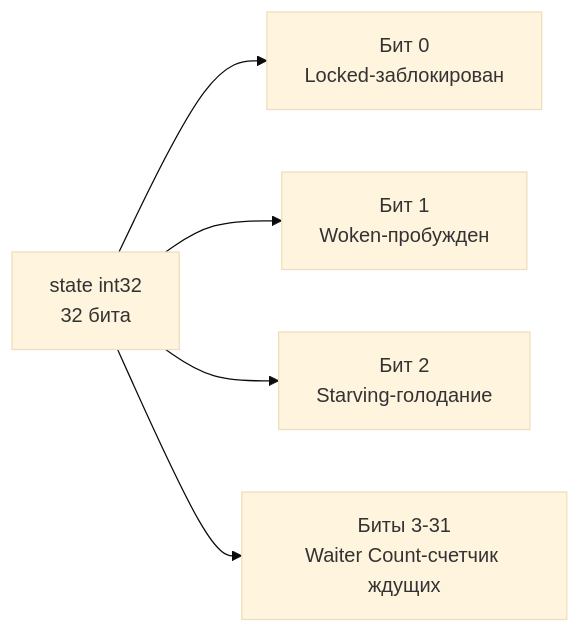
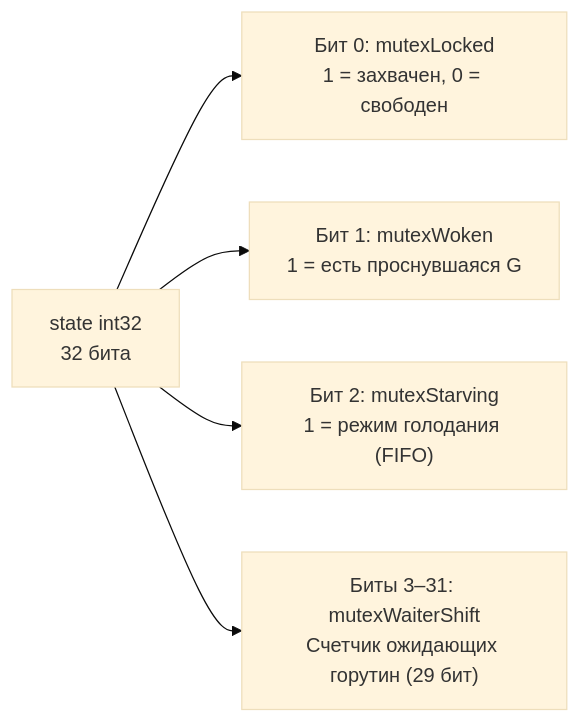
Before and after one commit to UnrealTemplier/go-textbook: the first of 2 diagrams in sources/7. Глубокий Go (Внутреннее устройство)/15. Mutex и RWMutex под капотом.md, drawn with Mermaid (base theme). The commit also changed other lines of this file, not shown here.

````diff
--- a/sources/7. Глубокий Go (Внутреннее устройство)/15. Mutex и RWMutex под капотом.md
+++ b/sources/7. Глубокий Go (Внутреннее устройство)/15. Mutex и RWMutex под капотом.md
@@ -22,7 +25,7 @@
 ```mermaid
 flowchart LR
-    STATE["state int32<br>32 бита"] --> BIT0["Бит 0<br>Locked-заблокирован"]
-    STATE --> BIT1["Бит 1<br>Woken-пробужден"]
-    STATE --> BIT2["Бит 2<br>Starving-голодание"]
-    STATE --> BIT3["Биты 3-31<br>Waiter Count-счетчик ждущих"]
+    STATE["state int32<br>32 бита"] --> BIT0["Бит 0: mutexLocked<br>1 = захвачен, 0 = свободен"]
+    STATE --> BIT1["Бит 1: mutexWoken<br>1 = есть проснувшаяся G"]
+    STATE --> BIT2["Бит 2: mutexStarving<br>1 = режим голодания (FIFO)"]
+    STATE --> BIT3["Биты 3–31: mutexWaiterShift<br>Счетчик ожидающих горутин (29 бит)"]
 ```
````
